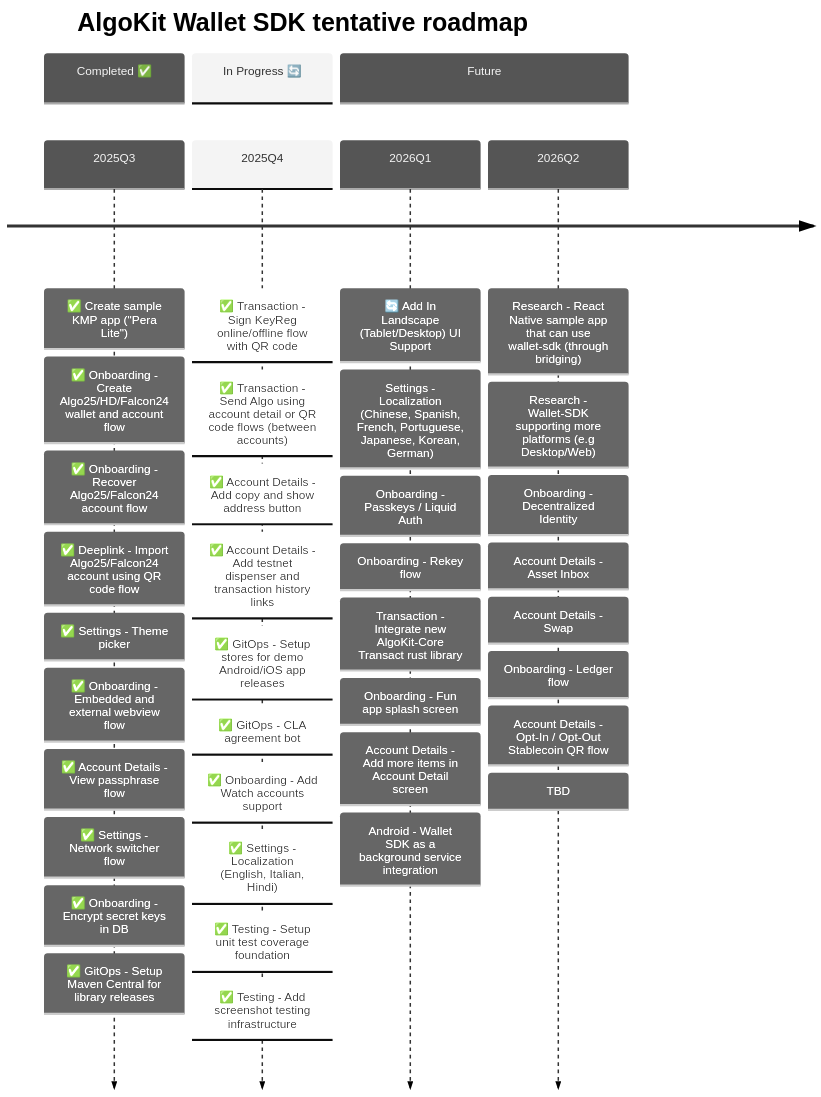
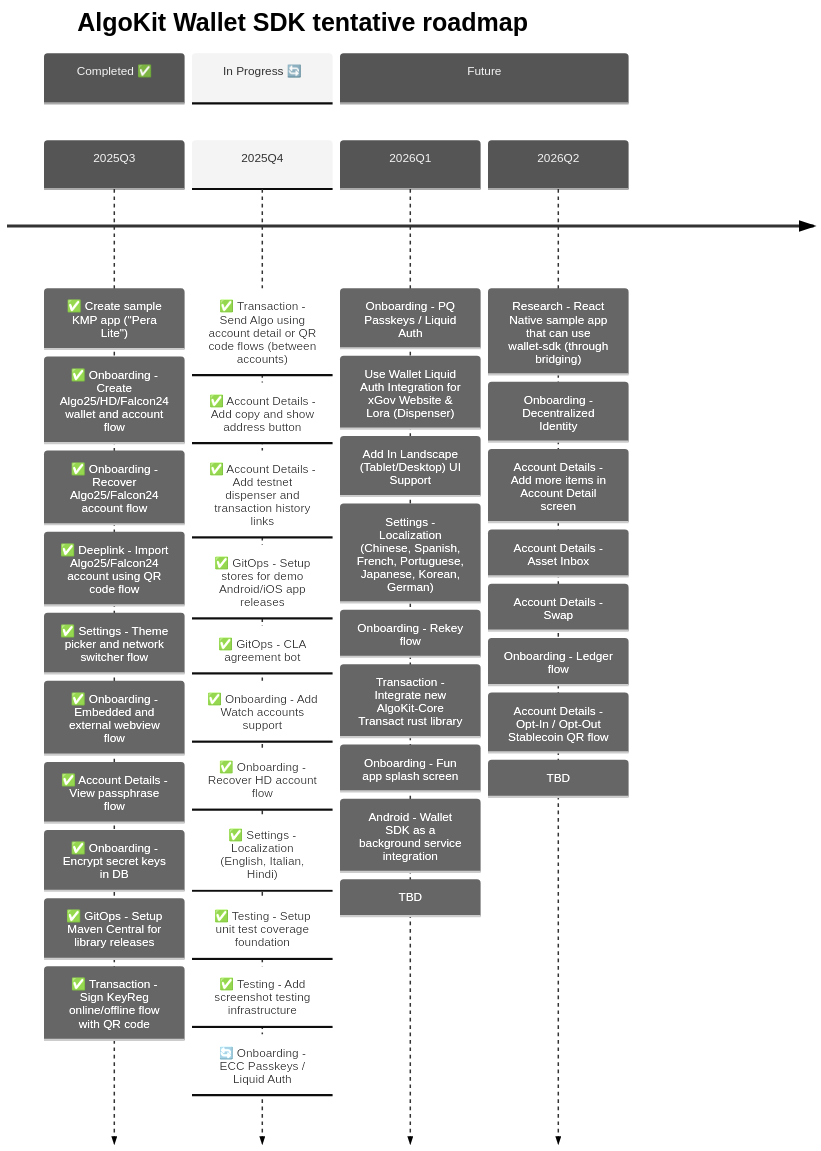
One commit to michaeltchuangllc/algokit-walletsdk-kmp changed the second of 3 diagrams in README.md. Above: the diagram before and after it, drawn with Mermaid.

````diff
--- a/README.md
+++ b/README.md
@@ -67,50 +67,53 @@
 ```mermaid
 ---
 config:
   theme: 'neutral'
 ---
 timeline
     title AlgoKit Wallet SDK tentative roadmap
 
     section Completed ✅
     2025Q3  : ✅ Create sample KMP app ("Pera Lite")
             : ✅ Onboarding - Create Algo25/HD/Falcon24 wallet and account flow
             : ✅ Onboarding - Recover Algo25/Falcon24 account flow
             : ✅ Deeplink - Import Algo25/Falcon24 account using QR code flow
-            : ✅ Settings - Theme picker
+            : ✅ Settings - Theme picker and network switcher flow
             : ✅ Onboarding - Embedded and external webview flow
             : ✅ Account Details - View passphrase flow
-            : ✅ Settings - Network switcher flow
             : ✅ Onboarding - Encrypt secret keys in DB
             : ✅ GitOps - Setup Maven Central for library releases
+            : ✅ Transaction - Sign KeyReg online/offline flow with QR code
 
     section In Progress 🔄
-    2025Q4  : ✅ Transaction - Sign KeyReg online/offline flow with QR code
-            : ✅ Transaction - Send Algo using account detail or QR code flows (between accounts)
+    2025Q4  : ✅ Transaction - Send Algo using account detail or QR code flows (between accounts)
             : ✅ Account Details - Add copy and show address button
             : ✅ Account Details - Add testnet dispenser and transaction history links
             : ✅ GitOps - Setup stores for demo Android/iOS app releases
             : ✅ GitOps - CLA agreement bot
             : ✅ Onboarding - Add Watch accounts support
+            : ✅ Onboarding - Recover HD account flow
             : ✅ Settings - Localization (English, Italian, Hindi)
             : ✅ Testing - Setup unit test coverage foundation
             : ✅ Testing - Add screenshot testing infrastructure
+            : 🔄 Onboarding - ECC Passkeys / Liquid Auth
 
     section Future
-    2026Q1  : 🔄 Add In Landscape (Tablet/Desktop) UI Support
+    2026Q1  : Onboarding - PQ Passkeys / Liquid Auth
+            : Use Wallet Liquid Auth Integration for xGov Website & Lora (Dispenser)
+            : Add In Landscape (Tablet/Desktop) UI Support
             : Settings - Localization (Chinese, Spanish, French, Portuguese, Japanese, Korean, German)
-            : Onboarding - Passkeys / Liquid Auth
             : Onboarding - Rekey flow
             : Transaction - Integrate new AlgoKit-Core Transact rust library
             : Onboarding - Fun app splash screen
+            : Android - Wallet SDK as a background service integration
+            : TBD
+    2026Q2   
+            : Research - React Native sample app that can use wallet-sdk (through bridging)
+            : Onboarding - Decentralized Identity
             : Account Details - Add more items in Account Detail screen
-            : Android - Wallet SDK as a background service integration
-    2026Q2  : Research - React Native sample app that can use wallet-sdk (through bridging)
-            : Research - Wallet-SDK supporting more platforms (e.g Desktop/Web)
-            : Onboarding - Decentralized Identity
             : Account Details - Asset Inbox
             : Account Details - Swap
             : Onboarding - Ledger flow
             : Account Details - Opt-In / Opt-Out Stablecoin QR flow
             : TBD
 ```
````
